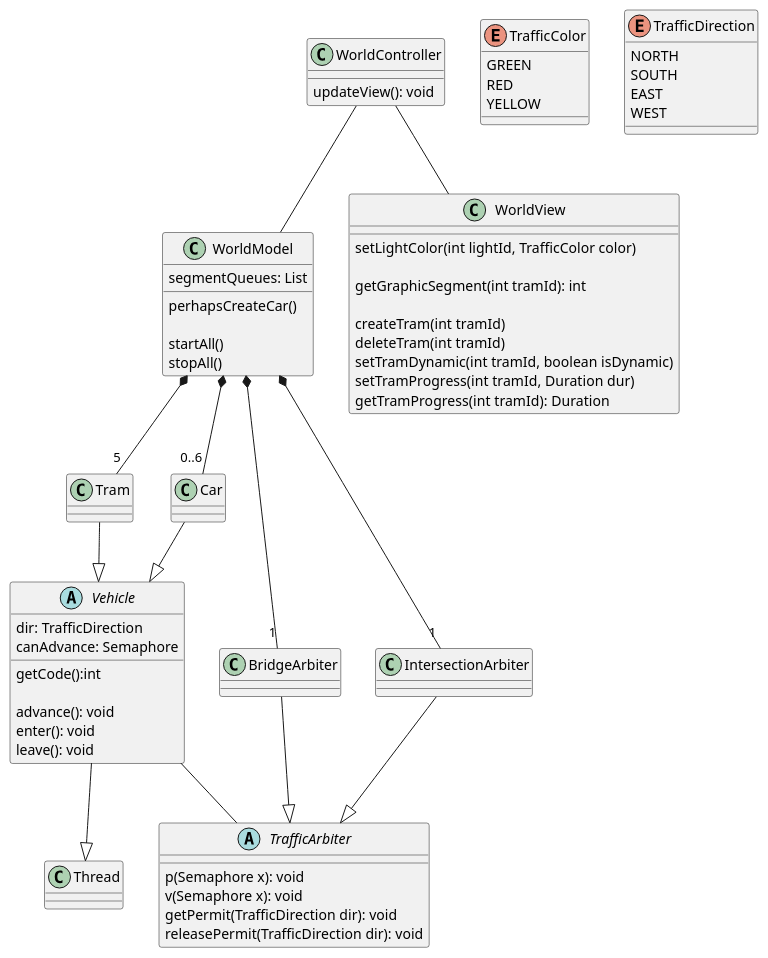
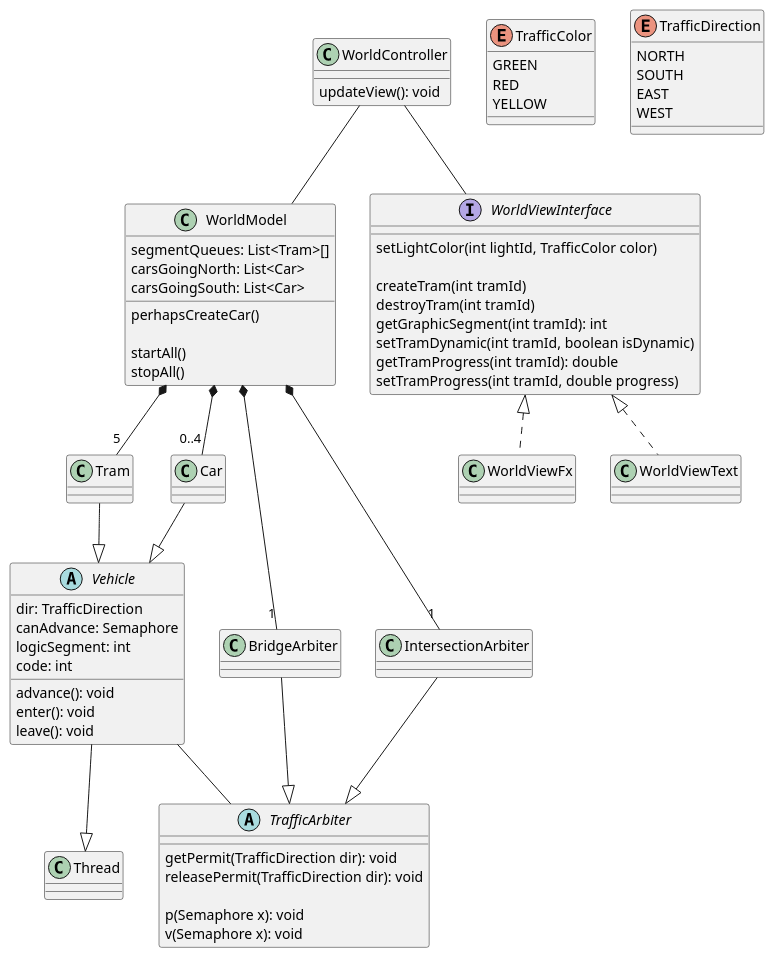
The diagram in tramway.puml (wanisramdani/tramway), drawn with PlantUML before and after one commit. The commit also changed 5 other files, not shown here.

```diff
--- a/tramway.puml
+++ b/tramway.puml
@@ -1,82 +1,86 @@
 @startuml tramway
 
 class WorldController {
   updateView(): void
 }
 WorldController -- WorldModel
-WorldController -- WorldView
+WorldController -- WorldViewInterface
 
-class WorldView {
+interface WorldViewInterface {
   setLightColor(int lightId, TrafficColor color)
 
+  createTram(int tramId)
+  destroyTram(int tramId)
   getGraphicSegment(int tramId): int
-
-  createTram(int tramId)
-  deleteTram(int tramId)
   setTramDynamic(int tramId, boolean isDynamic)
-  setTramProgress(int tramId, Duration dur)
-  getTramProgress(int tramId): Duration
+  getTramProgress(int tramId): double
+  setTramProgress(int tramId, double progress)
 }
+WorldViewInterface <|.. WorldViewFx
+WorldViewInterface <|.. WorldViewText
 
 class WorldModel {
-  segmentQueues: List
+  segmentQueues: List<Tram>[]
+  carsGoingNorth: List<Car>
+  carsGoingSouth: List<Car>
 
   perhapsCreateCar()
 
   startAll()
   stopAll()
 }
 WorldModel *-- "5" Tram
-WorldModel *-- "0..6" Car
+WorldModel *-- "0..4" Car
 WorldModel *-- "1" BridgeArbiter
 WorldModel *-- "1" IntersectionArbiter
 
 abstract class TrafficArbiter {
+  getPermit(TrafficDirection dir): void
+  releasePermit(TrafficDirection dir): void
+
   p(Semaphore x): void
   v(Semaphore x): void
-  getPermit(TrafficDirection dir): void
-  releasePermit(TrafficDirection dir): void
 }
 
 class BridgeArbiter {
 }
 BridgeArbiter --|> TrafficArbiter
 
 class IntersectionArbiter {
 }
 IntersectionArbiter --|> TrafficArbiter
 
 abstract class Vehicle {
   dir: TrafficDirection
   canAdvance: Semaphore
-
-  getCode():int
+  logicSegment: int
+  code: int
 
   advance(): void
   enter(): void
   leave(): void
 }
 class Tram {
 }
 class Car {
 }
 Tram --|> Vehicle
 Car --|> Vehicle
 Vehicle -- TrafficArbiter
 
 Vehicle --|> Thread
 
 enum TrafficColor {
   GREEN
   RED
   YELLOW
 }
 
 enum TrafficDirection {
   NORTH
   SOUTH
   EAST
   WEST
 }
 
 @enduml
```
